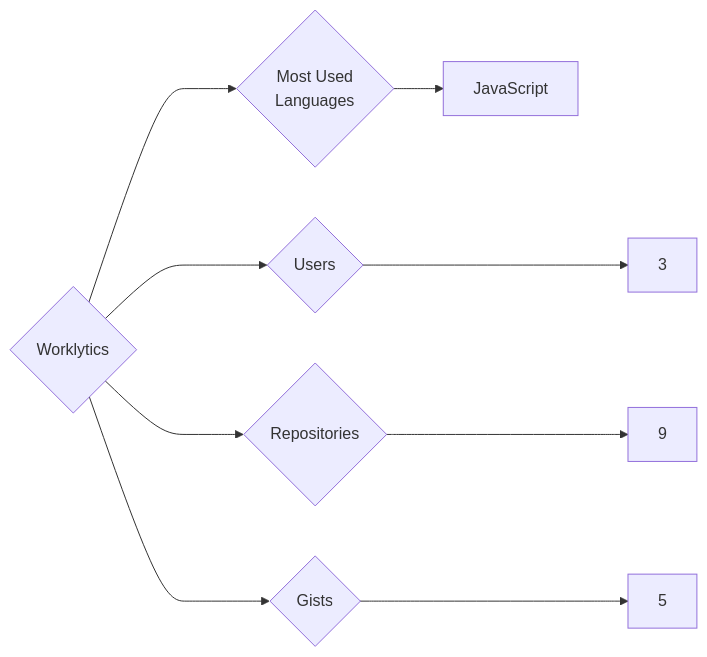
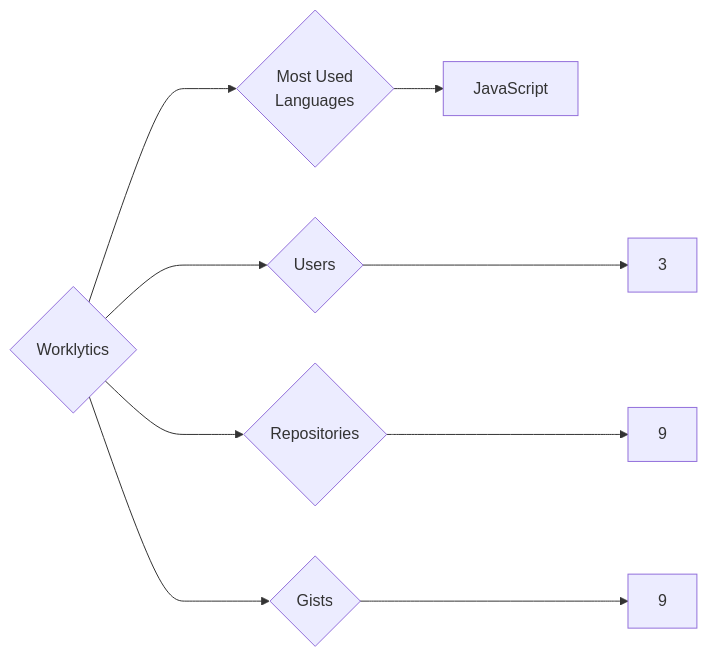
Before and after one commit to trickest/insiders: the diagram in targets/Worklytics/README.md, drawn with Mermaid. The commit also changed 898 other files, not shown here.

````diff
--- a/targets/Worklytics/README.md
+++ b/targets/Worklytics/README.md
@@ -3,9 +3,9 @@
 ```mermaid
 graph LR
 COMPANY_NAME{Worklytics}
 COMPANY_NAME ---> U{Users} ---> UN[3]
 COMPANY_NAME ---> R{Repositories} ---> RN[9]
-COMPANY_NAME ---> G{Gists} ---> GN[5]
+COMPANY_NAME ---> G{Gists} ---> GN[9]
 COMPANY_NAME ---> ML{Most Used<br>Languages}
 ML --> JavaScript[JavaScript]
 ```
````
